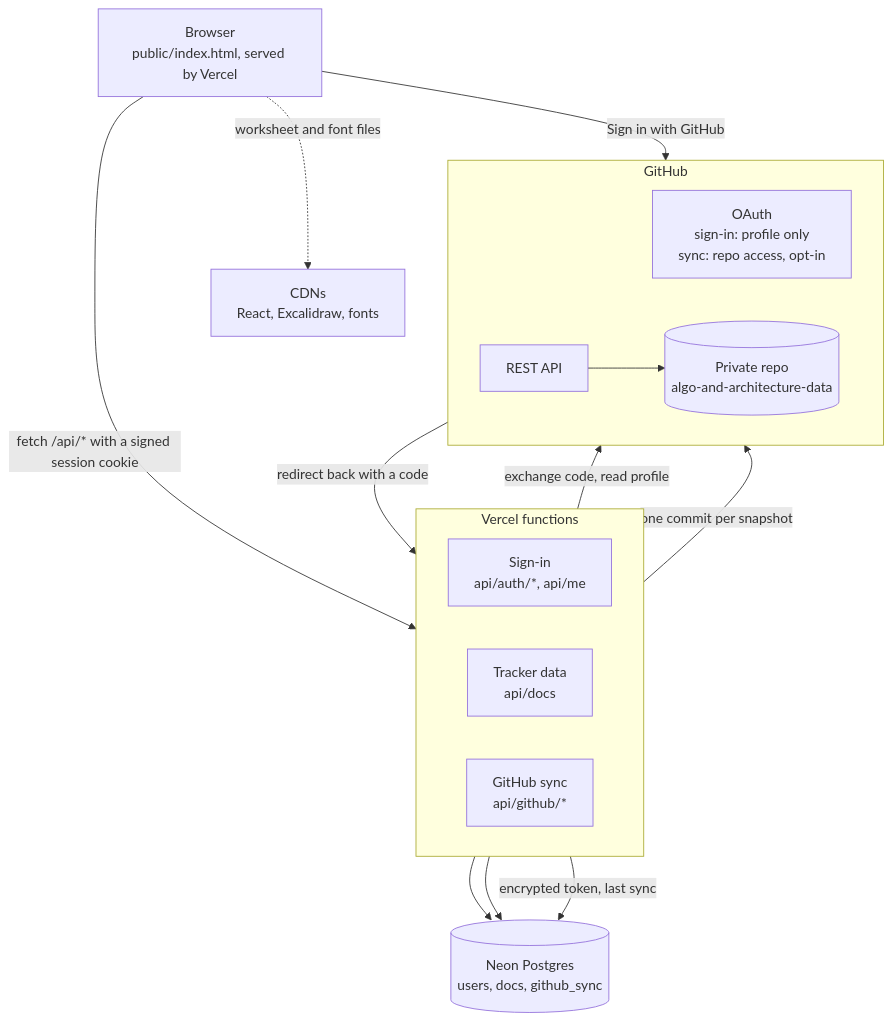
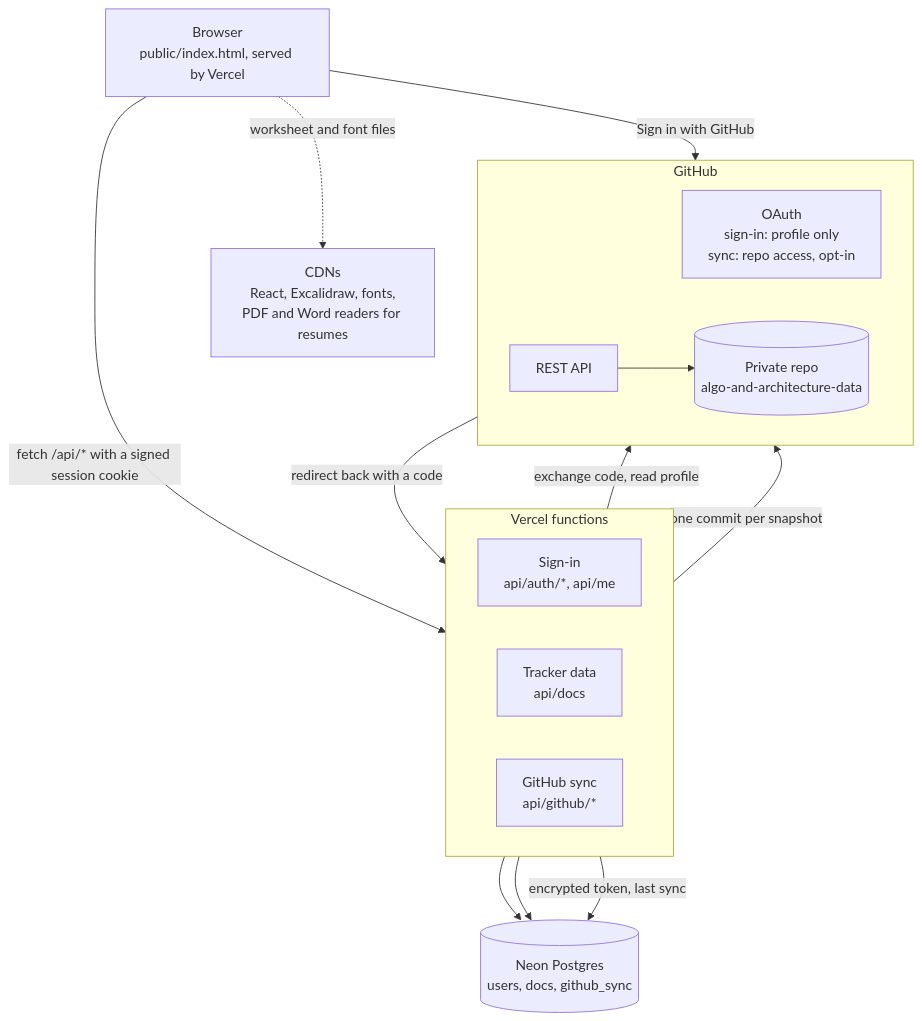
One commit to emmanuel-adu/algo-and-architecture changed the diagram in README.md. Above: the diagram before and after it, drawn with Mermaid. The commit also changed other lines of this file and 5 other files, not shown here.

First line of the commit message:
Behavioral interview practice, also on the roadmap

````diff
--- a/README.md
+++ b/README.md
@@ -13,32 +15,32 @@
 ```mermaid
 flowchart TB
   App["Browser<br/>public/index.html, served by Vercel"]
-  CDN["CDNs<br/>React, Excalidraw, fonts"]
+  CDN["CDNs<br/>React, Excalidraw, fonts,<br/>PDF and Word readers for resumes"]
 
   subgraph Vercel["Vercel functions"]
     direction LR
     Auth["Sign-in<br/>api/auth/*, api/me"]
     Docs["Tracker data<br/>api/docs"]
     Sync["GitHub sync<br/>api/github/*"]
   end
 
   Neon[("Neon Postgres<br/>users, docs, github_sync")]
 
   subgraph GitHub["GitHub"]
     direction LR
     OAuth["OAuth<br/>sign-in: profile only<br/>sync: repo access, opt-in"]
     API["REST API"]
     Repo[("Private repo<br/>algo-and-architecture-data")]
   end
 
   App -->|"fetch /api/* with a signed session cookie"| Vercel
   App -.->|"worksheet and font files"| CDN
   App -->|"Sign in with GitHub"| OAuth
   OAuth -->|"redirect back with a code"| Auth
   Auth -->|"exchange code, read profile"| API
   Auth --> Neon
   Docs --> Neon
   Sync -->|"encrypted token, last sync"| Neon
   Sync -->|"one commit per snapshot"| API
   API --> Repo
 ```
````
